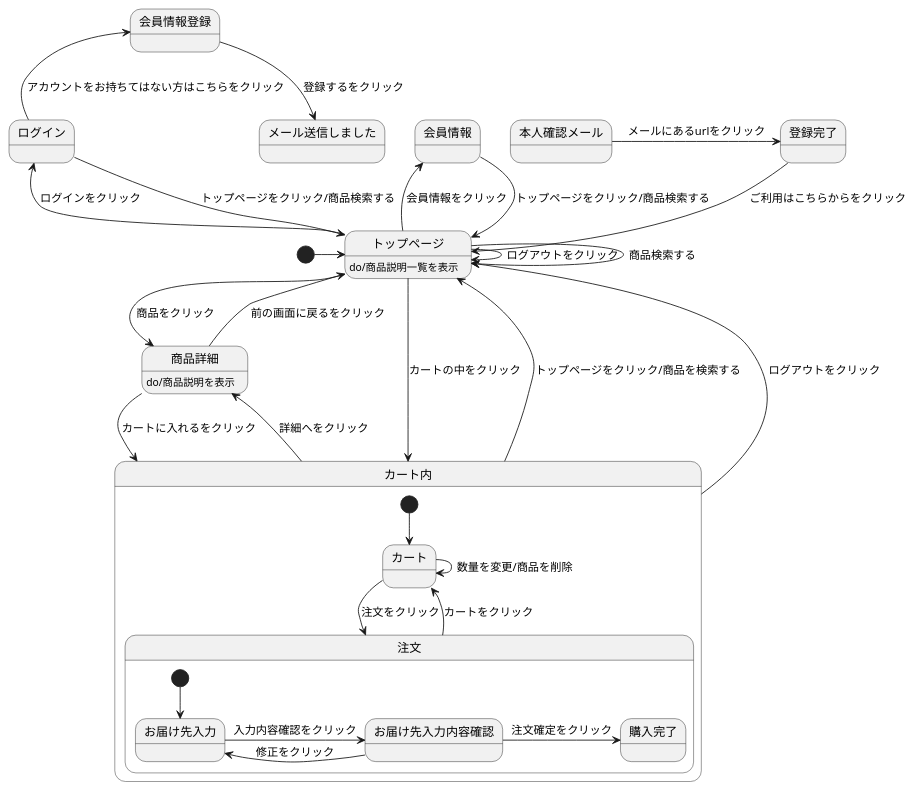
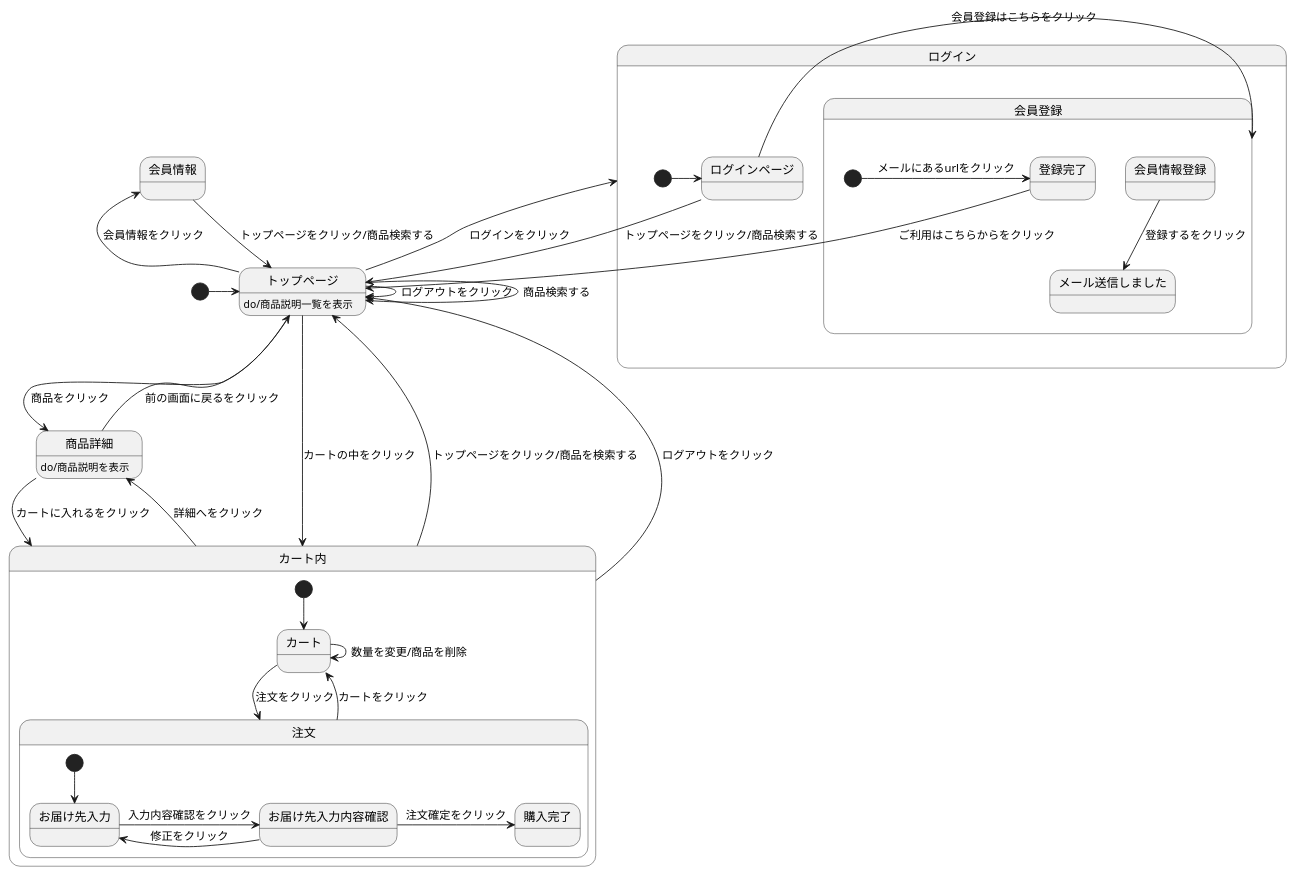
One commit to Aso2001026/2021sys-design changed the diagram in original-stm01.md. Above: the diagram before and after it, drawn with PlantUML.

````diff
--- a/original-stm01.md
+++ b/original-stm01.md
@@ -2,39 +2,46 @@
 ```uml
 @startuml
 
 [*] -> トップページ
 会員情報 --> トップページ : トップページをクリック/商品検索する
-ログイン --> トップページ : トップページをクリック/商品検索する
 トップページ -> トップページ : ログアウトをクリック
 トップページ -> トップページ : 商品検索する
 トップページ -> 商品詳細 : 商品をクリック
 トップページ -left-> 会員情報 : 会員情報をクリック
 トップページ -left-> ログイン : ログインをクリック
 トップページ --> カート内 : カートの中をクリック
 トップページ:do/商品説明一覧を表示
 商品詳細 --> カート内 : カートに入れるをクリック
 商品詳細 --> トップページ : 前の画面に戻るをクリック
 商品詳細:do/商品説明を表示
 カート内-up-> トップページ : トップページをクリック/商品を検索する
 カート内 -up-> トップページ : ログアウトをクリック
 カート内 -> 商品詳細 : 詳細へをクリック
-ログイン -up-> 会員情報登録 :アカウントをお持ちてはない方はこちらをクリック
+
+state ログイン{
+[*]->ログインページ
+ログインページ -> トップページ : トップページをクリック/商品検索する
+ログインページ -> 会員登録 : 会員登録はこちらをクリック
+
+state 会員登録{
 会員情報登録 --> メール送信しました : 登録するをクリック
-本人確認メール -> 登録完了 : メールにあるurlをクリック
+[*] -> 登録完了 : メールにあるurlをクリック
 登録完了 --> トップページ : ご利用はこちらからをクリック
+}
+}
 
 state カート内{
 [*] --> カート
 カート -> 注文 : 注文をクリック
 カート -> カート : 数量を変更/商品を削除
 注文 --> カート : カートをクリック
  state 注文{
   [*] --> お届け先入力
   お届け先入力 -> お届け先入力内容確認 : 入力内容確認をクリック
   お届け先入力内容確認 -> お届け先入力 : 修正をクリック
   お届け先入力内容確認 -> 購入完了 : 注文確定をクリック
  }
 }
 @enduml
 
 ```
````
